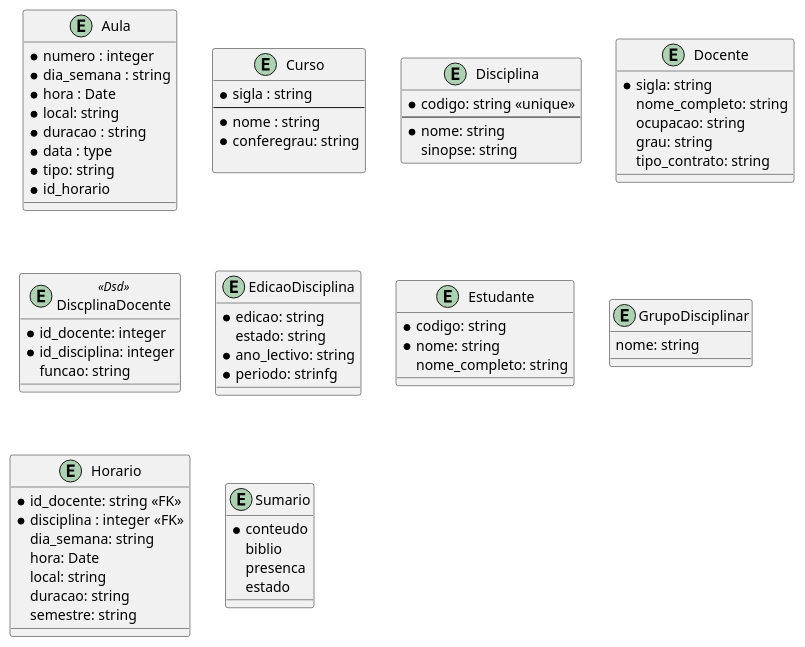
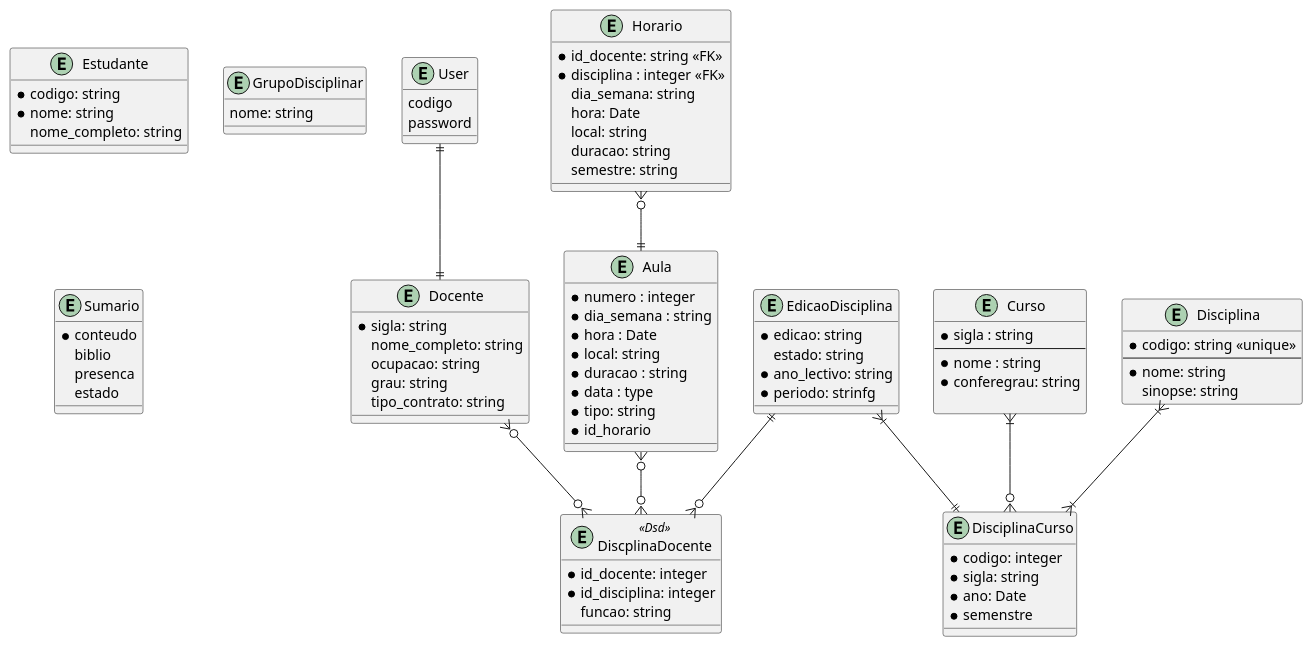
Before and after one commit to bosshentai/WebServices-Uni: the diagram in TP01/JS/diagrams/diagram.plantuml, drawn with PlantUML. The commit also changed 9 other files, not shown here.

```diff
--- a/TP01/JS/diagrams/diagram.plantuml
+++ b/TP01/JS/diagrams/diagram.plantuml
@@ -1,82 +1,109 @@
 @startuml webserver
 
 
 entity Aula {
 
   * numero : integer
   * dia_semana : string
   * hora : Date
   * local: string
   * duracao : string
   * data : type
   * tipo: string
   * id_horario
 }
 
 
 entity Curso{
   * sigla : string
   --
   * nome : string
   * conferegrau: string
 
 }
 
 entity Disciplina {
   * codigo: string <<unique>>
   --
   * nome: string
    sinopse: string
 }
 
 entity Docente {
   * sigla: string
    nome_completo: string
    ocupacao: string
    grau: string
    tipo_contrato: string
 }
 
 entity DiscplinaDocente <<Dsd>>{
   * id_docente: integer
   * id_disciplina: integer
    funcao: string
 }
 
 
 entity EdicaoDisciplina {
   * edicao: string
   estado: string
   * ano_lectivo: string
   * periodo: strinfg
 }
 
 entity Estudante {
   * codigo: string
   * nome: string
   nome_completo: string
 }
 
 entity GrupoDisciplinar{
   nome: string
 }
 
 entity Horario {
   * id_docente: string <<FK>>
   * disciplina : integer <<FK>>
   dia_semana: string
   hora: Date
   local: string
   duracao: string
   semestre: string
 
 }
 
 entity Sumario {
   * conteudo
   biblio
   presenca
   estado
 }
 
+entity User {
+  codigo
+  password
+}
+
+
+entity DisciplinaCurso{
+  * codigo: integer
+  * sigla: string
+  * ano: Date
+  * semenstre
+
+}
+
+
+User ||--|| Docente
+Docente }o--o{ DiscplinaDocente
+EdicaoDisciplina ||--o{ DiscplinaDocente
+Aula }o--o{ DiscplinaDocente
+
+Horario }o--|| Aula
+
+Curso }|--o{ DisciplinaCurso
+Disciplina }|--|{ DisciplinaCurso
+
+EdicaoDisciplina }|--|| DisciplinaCurso
+
 @enduml
```
